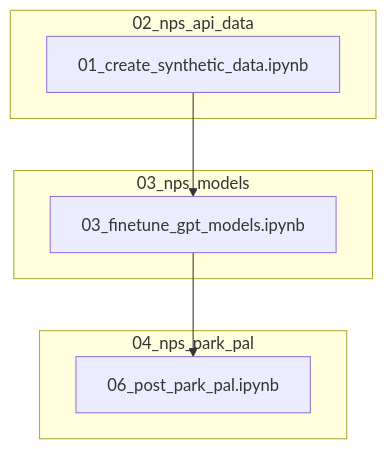
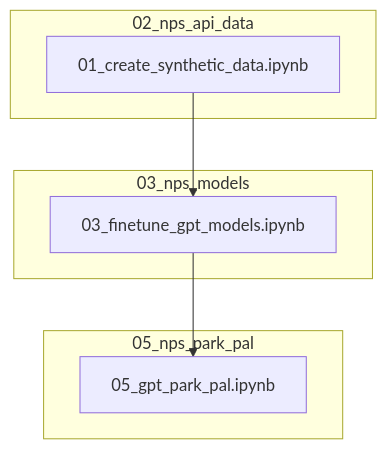
Before and after one commit to nblakkanesser/MADS_Capstone: the diagram in README.md, drawn with Mermaid. The commit also changed other lines of this file and 4 other files, not shown here.

````diff
--- a/README.md
+++ b/README.md
@@ -103,20 +102,20 @@
 ```mermaid
 flowchart TD
     B[01_create_synthetic_data.ipynb]
     B --> D[03_finetune_gpt_models.ipynb]
-    G[06_post_park_pal.ipynb]
+    G[05_gpt_park_pal.ipynb]
     D --> G
 
 
     subgraph Folder1 [02_nps_api_data]
         B
     end
 
     subgraph Folder2 [03_nps_models]
         D
     end
 
-    subgraph Folder3 [04_nps_park_pal]
+    subgraph Folder3 [05_nps_park_pal]
         G
     end
 ```
````
